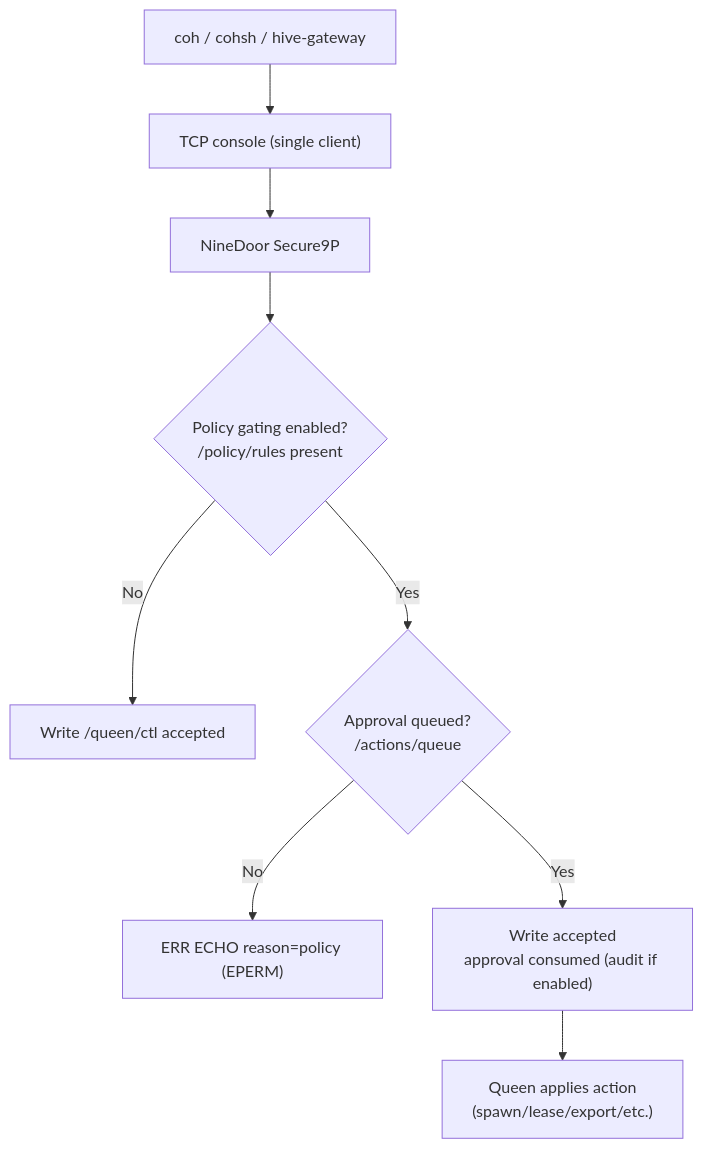
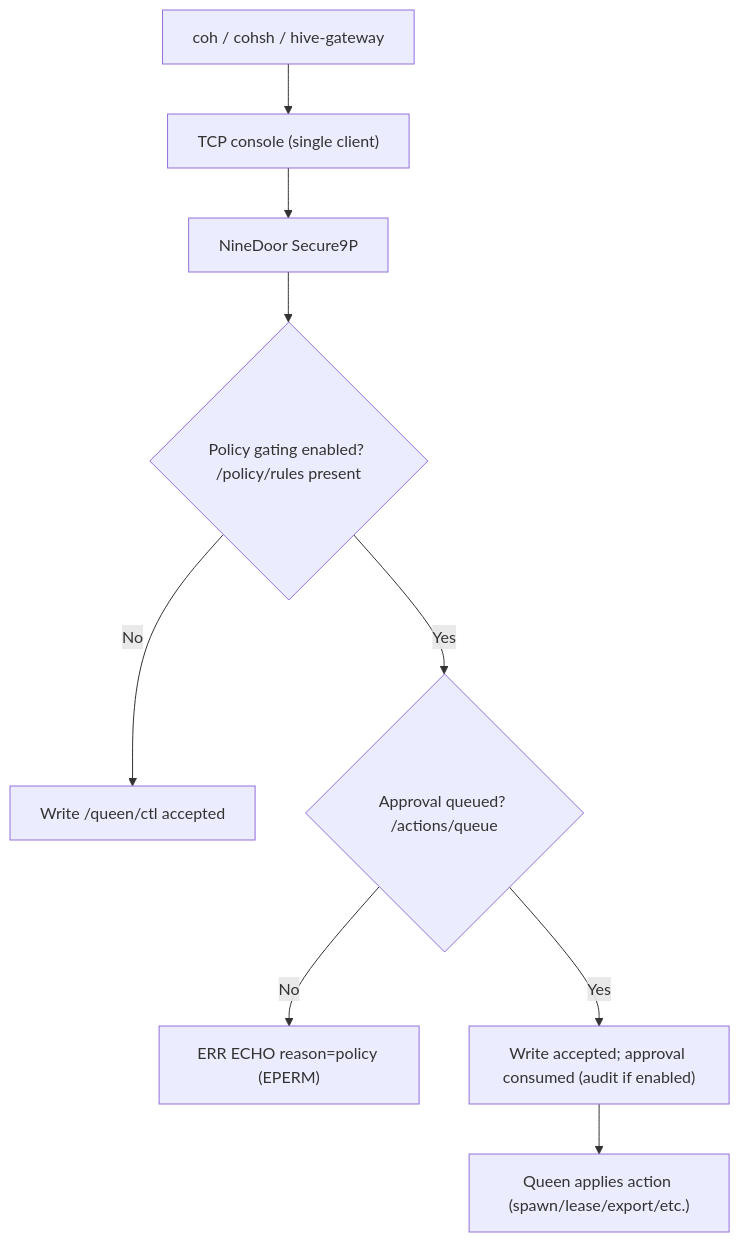
The first of 3 diagrams in docs/HOST_TOOLS.md (lukeb-aidev/cohesix), drawn with Mermaid before and after one commit. The commit also changed other lines of this file and 100 other files, not shown here.

````diff
--- a/docs/HOST_TOOLS.md
+++ b/docs/HOST_TOOLS.md
@@ -849,11 +849,11 @@
 ```mermaid
 flowchart TD
   A["coh / cohsh / hive-gateway"] --> B["TCP console (single client)"]
   B --> C["NineDoor Secure9P"]
-  C --> D{"Policy gating enabled?<br/>/policy/rules present"}
+  C --> D{"Policy gating enabled? /policy/rules present"}
   D -- "No" --> E["Write /queen/ctl accepted"]
-  D -- "Yes" --> F{"Approval queued?<br/>/actions/queue"}
+  D -- "Yes" --> F{"Approval queued? /actions/queue"}
   F -- "No" --> G["ERR ECHO reason=policy (EPERM)"]
-  F -- "Yes" --> H["Write accepted<br/>approval consumed (audit if enabled)"]
-  H --> I["Queen applies action<br/>(spawn/lease/export/etc.)"]
+  F -- "Yes" --> H["Write accepted; approval consumed (audit if enabled)"]
+  H --> I["Queen applies action (spawn/lease/export/etc.)"]
 ```
````
